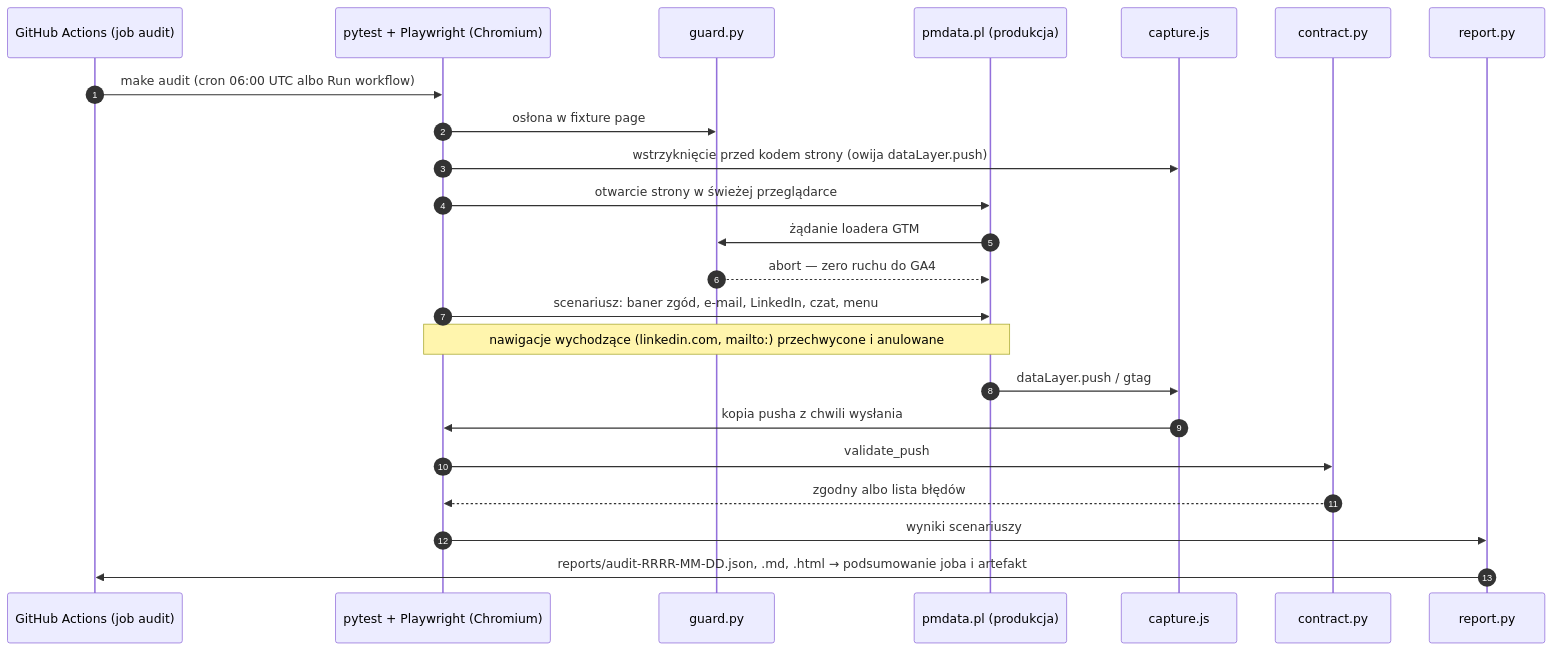
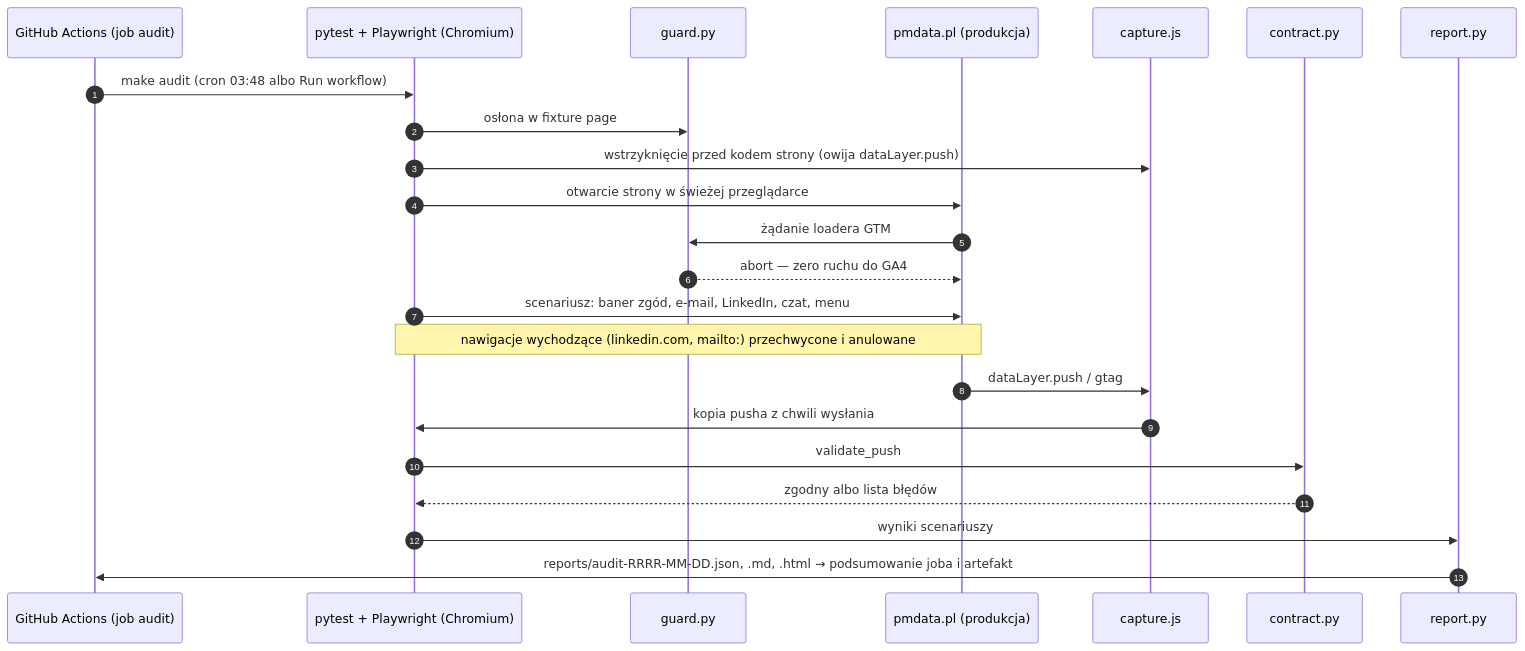
The diagram in uml-diagram.md (pmackowka/datalayer-contract-audit), drawn with Mermaid before and after one commit. The commit also changed 3 other files, not shown here.

First line of the commit message:
Run daily audit at 03:48 Europe/Warsaw

````diff
--- a/uml-diagram.md
+++ b/uml-diagram.md
@@ -5,26 +5,26 @@
 ```mermaid
 sequenceDiagram
     autonumber
     participant GH as GitHub Actions (job audit)
     participant PW as pytest + Playwright (Chromium)
     participant G as guard.py
     participant S as pmdata.pl (produkcja)
     participant SPY as capture.js
     participant C as contract.py
     participant R as report.py
 
-    GH->>PW: make audit (cron 06:00 UTC albo Run workflow)
+    GH->>PW: make audit (cron 03:48 albo Run workflow)
     PW->>G: osłona w fixture page
     PW->>SPY: wstrzyknięcie przed kodem strony (owija dataLayer.push)
     PW->>S: otwarcie strony w świeżej przeglądarce
     S->>G: żądanie loadera GTM
     G-->>S: abort — zero ruchu do GA4
     PW->>S: scenariusz: baner zgód, e-mail, LinkedIn, czat, menu
     Note over PW,S: nawigacje wychodzące (linkedin.com, mailto:) przechwycone i anulowane
     S->>SPY: dataLayer.push / gtag
     SPY->>PW: kopia pusha z chwili wysłania
     PW->>C: validate_push
     C-->>PW: zgodny albo lista błędów
     PW->>R: wyniki scenariuszy
     R->>GH: reports/audit-RRRR-MM-DD.json, .md, .html → podsumowanie joba i artefakt
 ```
````
